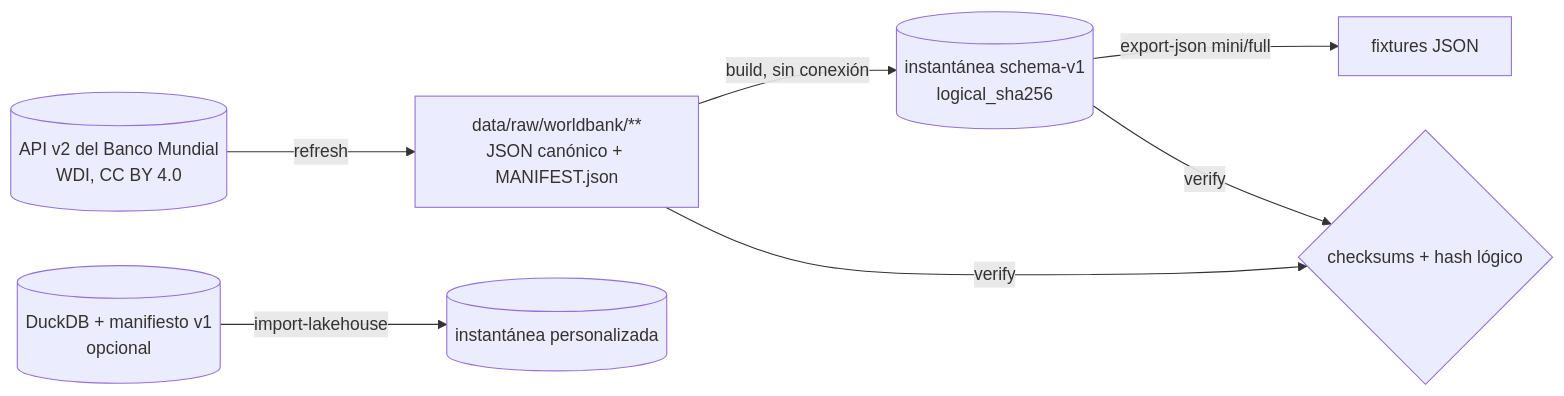
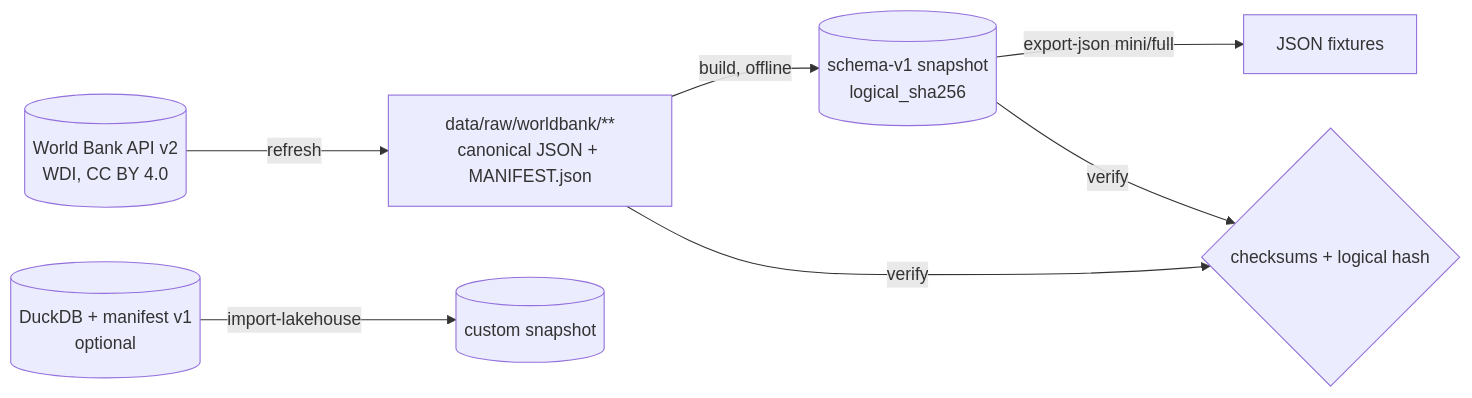
One commit to Eduardo12Pacheco/indicadores-ecuador-escritorio changed the third of 3 diagrams in docs/ARCHITECTURE.md. Above: the diagram before and after it, drawn with Mermaid. The commit also changed other lines of this file and 5 other files, not shown here.

````diff
--- a/docs/ARCHITECTURE.md
+++ b/docs/ARCHITECTURE.md
@@ -237,9 +237,9 @@
 ```mermaid
 flowchart LR
-  WB[("API v2 del Banco Mundial<br/>WDI, CC BY 4.0")] -->|refresh| Raw["data/raw/worldbank/**<br/>JSON canónico + MANIFEST.json"]
-  Raw -->|build, sin conexión| Snap[("instantánea schema-v1<br/>logical_sha256")]
-  LH[("DuckDB + manifiesto v1<br/>opcional")] -->|import-lakehouse| Snap2[("instantánea personalizada")]
-  Snap -->|export-json mini/full| Fx["fixtures JSON"]
-  Raw -->|verify| Chk{"checksums + hash lógico"}
+  WB[("World Bank API v2<br/>WDI, CC BY 4.0")] -->|refresh| Raw["data/raw/worldbank/**<br/>canonical JSON + MANIFEST.json"]
+  Raw -->|build, offline| Snap[("schema-v1 snapshot<br/>logical_sha256")]
+  LH[("DuckDB + manifest v1<br/>optional")] -->|import-lakehouse| Snap2[("custom snapshot")]
+  Snap -->|export-json mini/full| Fx["JSON fixtures"]
+  Raw -->|verify| Chk{"checksums + logical hash"}
   Snap -->|verify| Chk
 ```
````
